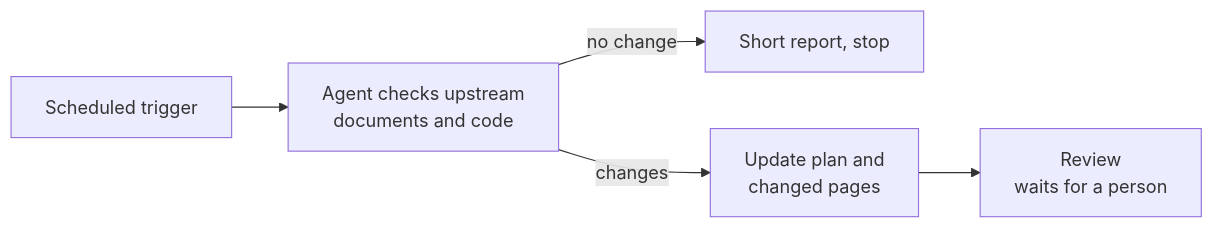
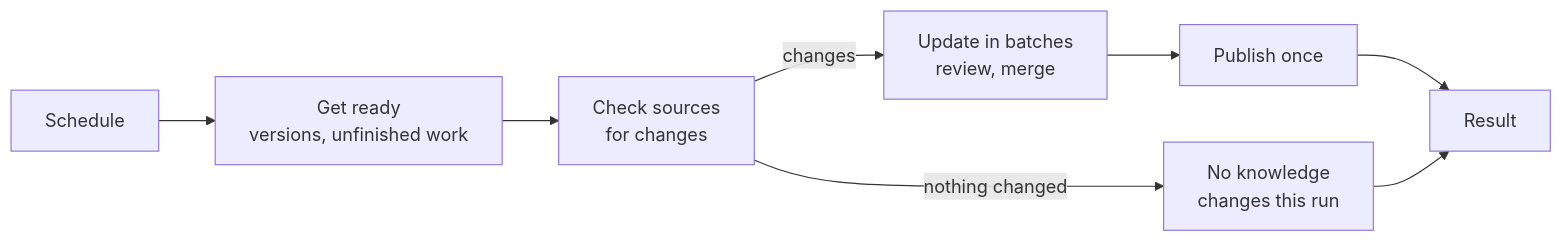
The diagram in knowledge/sop/updates-and-versions/scheduled-updates.md (context4ai/portal), drawn with Mermaid before and after one commit. The commit also changed other lines of this file and 39 other files, not shown here.

````diff
--- a/knowledge/sop/updates-and-versions/scheduled-updates.md
+++ b/knowledge/sop/updates-and-versions/scheduled-updates.md
@@ -13,7 +21,10 @@
 ```mermaid
 flowchart LR
-  timer["Scheduled trigger"] --> check["Agent checks upstream<br/>documents and code"]
-  check -->|no change| report["Short report, stop"]
-  check -->|changes| upd["Update plan and<br/>changed pages"]
-  upd --> review["Review<br/>waits for a person"]
+  timer["Schedule"] --> prep["Get ready<br/>versions, unfinished work"]
+  prep --> check["Check sources<br/>for changes"]
+  check -->|nothing changed| none["No knowledge<br/>changes this run"]
+  check -->|changes| batch["Update in batches<br/>review, merge"]
+  batch --> pub["Publish once"]
+  pub --> result["Result"]
+  none --> result
 ```
````
